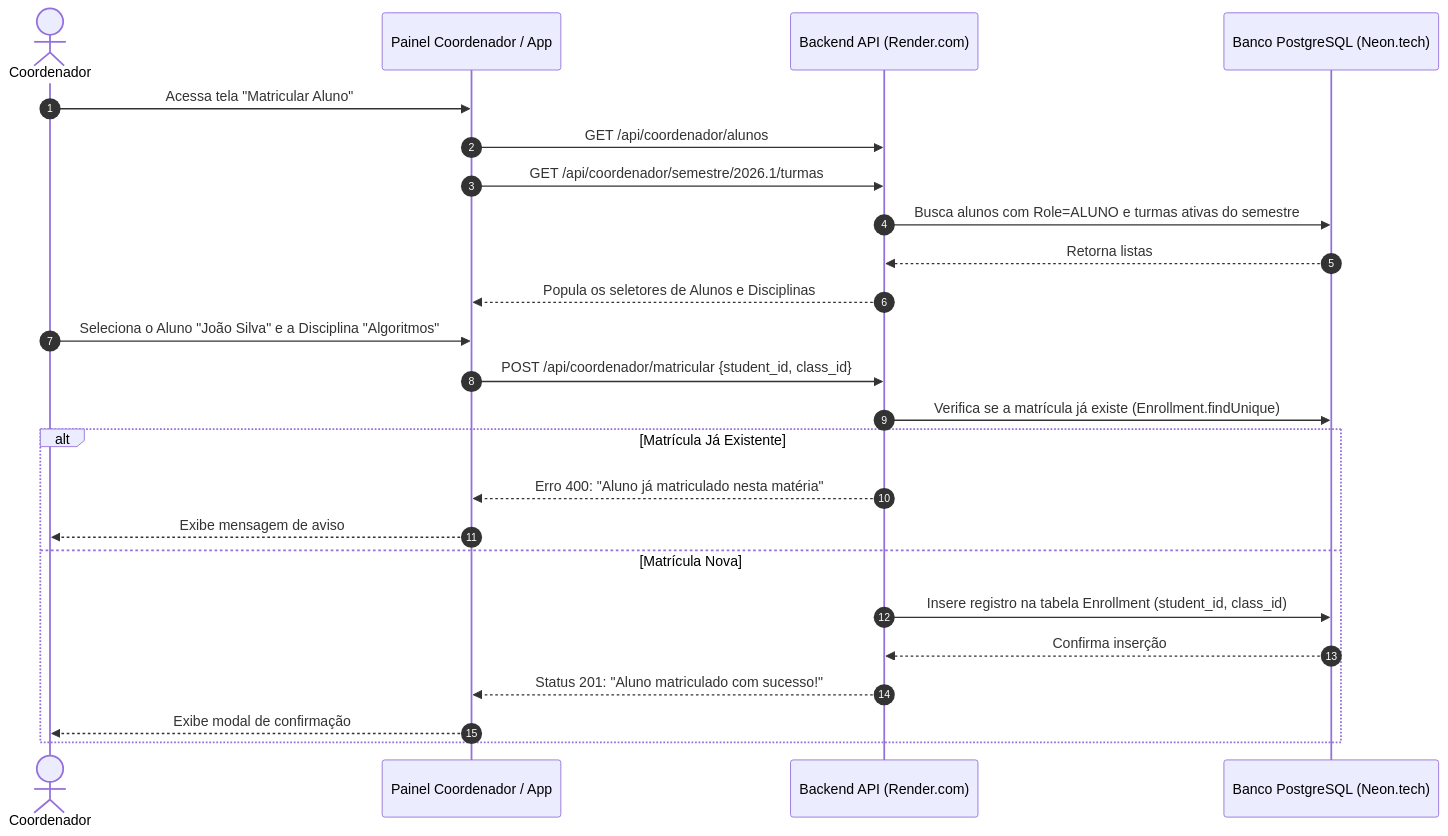
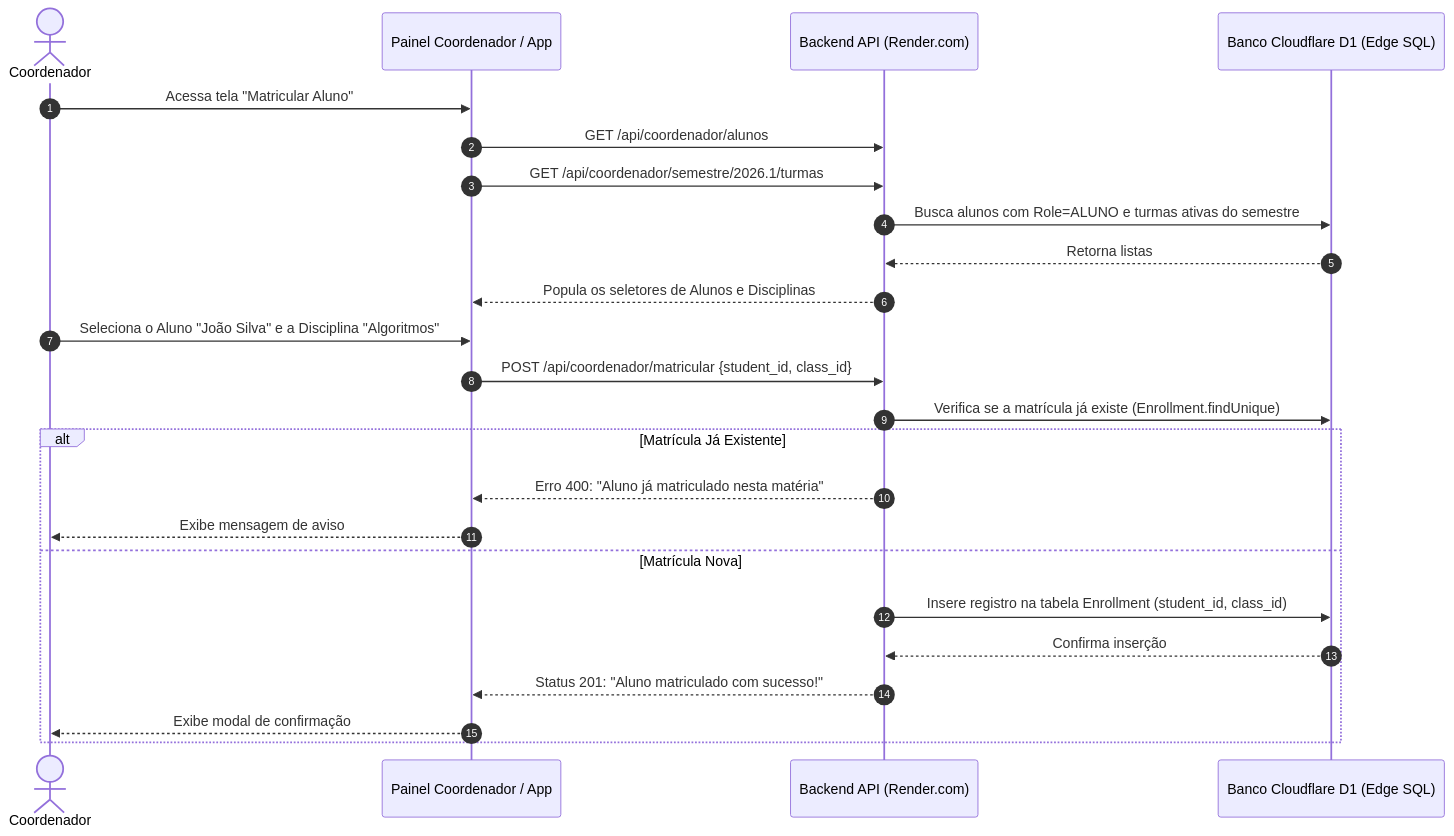
One commit to caneschi-lais/geoclass changed diagram 14 of 24 in documentacao/diagramas/fluxos.md. Above: the diagram before and after it, drawn with Mermaid. The commit also changed other lines of this file and 4 other files, not shown here.

Commit message:
docs: add detailed system documentation including use cases, database ERD, flows, and architecture

````diff
--- a/documentacao/diagramas/fluxos.md
+++ b/documentacao/diagramas/fluxos.md
@@ -496,29 +513,29 @@
 ```mermaid
 sequenceDiagram
     autonumber
     actor Coordenador
     participant Web as Painel Coordenador / App
     participant API as Backend API (Render.com)
-    participant DB as Banco PostgreSQL (Neon.tech)
+    participant DB as Banco Cloudflare D1 (Edge SQL)
 
     Coordenador->>Web: Acessa tela "Matricular Aluno"
     Web->>API: GET /api/coordenador/alunos
     Web->>API: GET /api/coordenador/semestre/2026.1/turmas
     API->>DB: Busca alunos com Role=ALUNO e turmas ativas do semestre
     DB-->>API: Retorna listas
     API-->>Web: Popula os seletores de Alunos e Disciplinas
 
     Coordenador->>Web: Seleciona o Aluno "João Silva" e a Disciplina "Algoritmos"
     Web->>API: POST /api/coordenador/matricular {student_id, class_id}
 
     API->>DB: Verifica se a matrícula já existe (Enrollment.findUnique)
     alt Matrícula Já Existente
         API-->>Web: Erro 400: "Aluno já matriculado nesta matéria"
         Web-->>Coordenador: Exibe mensagem de aviso
     else Matrícula Nova
         API->>DB: Insere registro na tabela Enrollment (student_id, class_id)
         DB-->>API: Confirma inserção
         API-->>Web: Status 201: "Aluno matriculado com sucesso!"
         Web-->>Coordenador: Exibe modal de confirmação
     end
 ```
````
